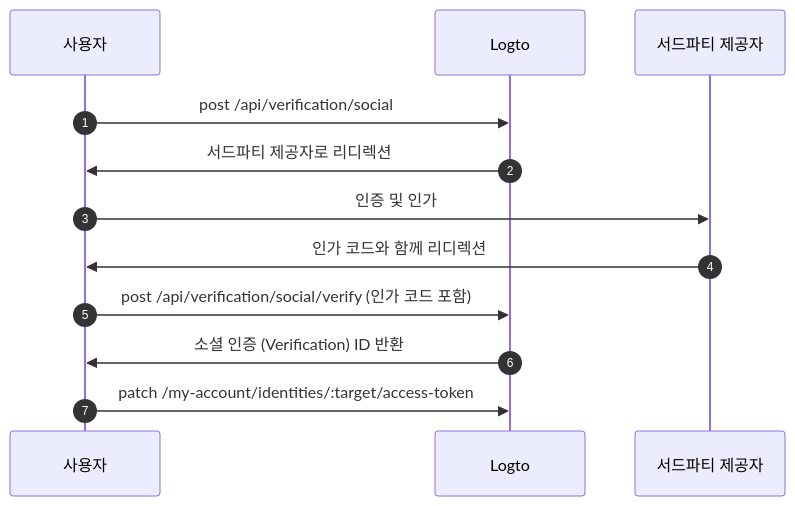
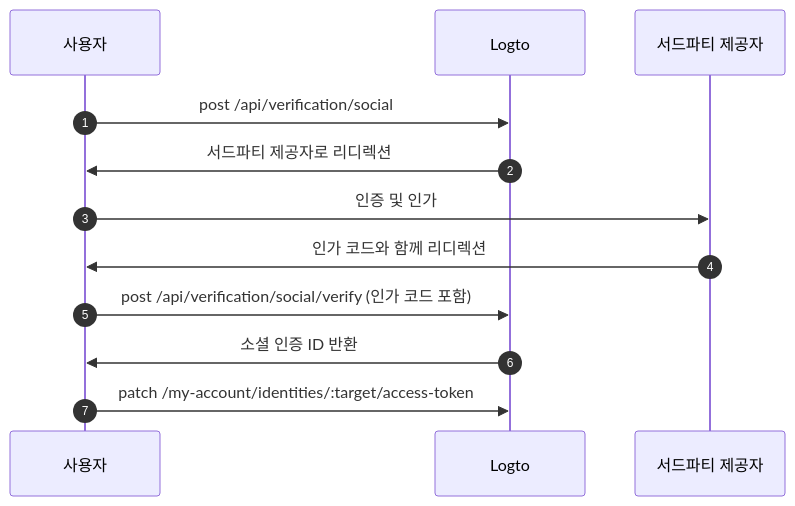
One commit to logto-io/docs changed the diagram in i18n/ko/docusaurus-plugin-content-docs/current/secret-vault/federated-token-set.mdx. Above: the diagram before and after it, drawn with Mermaid. The commit also changed other lines of this file and 129 other files, not shown here.

````diff
--- a/i18n/ko/docusaurus-plugin-content-docs/current/secret-vault/federated-token-set.mdx
+++ b/i18n/ko/docusaurus-plugin-content-docs/current/secret-vault/federated-token-set.mdx
@@ -146,16 +146,16 @@
 ```mermaid
 sequenceDiagram
     autonumber
 
     participant User as 사용자
     participant Logto as Logto
     participant Provider as 서드파티 제공자
 
     User->>Logto: post /api/verification/social
     Logto->>User: 서드파티 제공자로 리디렉션
     User->>Provider: 인증 및 인가
     Provider->>User: 인가 코드와 함께 리디렉션
     User->>Logto: post /api/verification/social/verify (인가 코드 포함)
-    Logto->>User: 소셜 인증 (Verification) ID 반환
+    Logto->>User: 소셜 인증 ID 반환
     User->>Logto: patch /my-account/identities/:target/access-token
 ```
````
